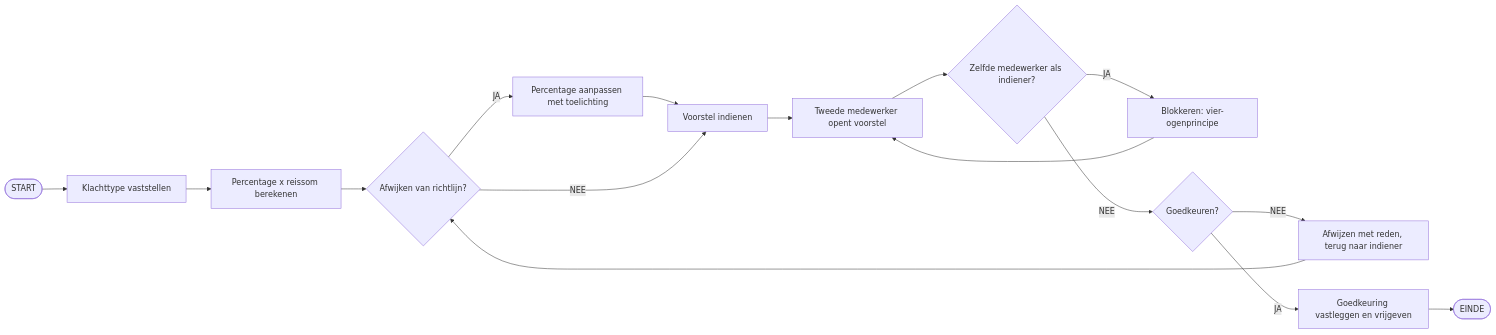
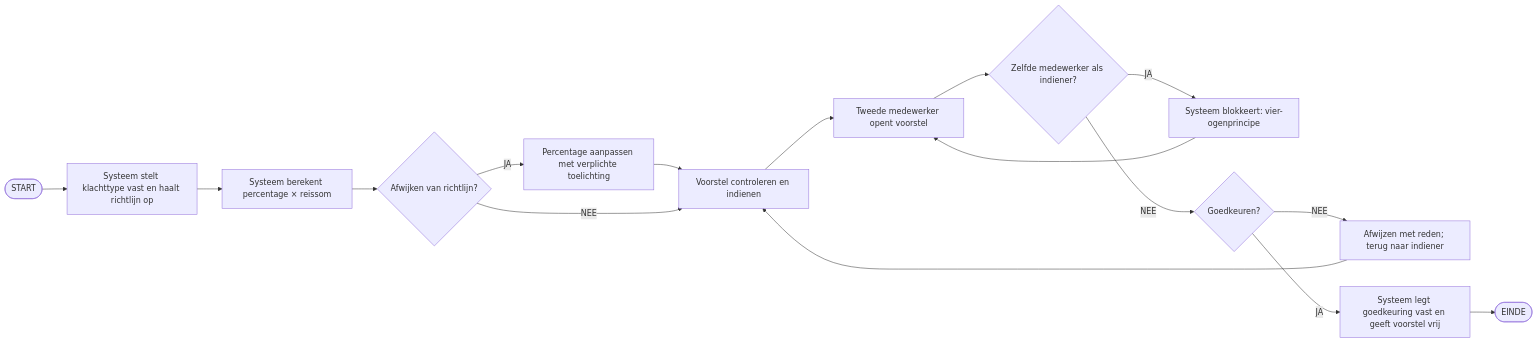
One commit to VoyageVista1/GroepInkoop changed the ninth of 13 diagrams in docs/ontwerp/use-cases-klantenservice.md. Above: the diagram before and after it, drawn with Mermaid. The commit also changed other lines of this file and 3 other files, not shown here.

````diff
--- a/docs/ontwerp/use-cases-klantenservice.md
+++ b/docs/ontwerp/use-cases-klantenservice.md
@@ -207,10 +489,31 @@
 ```mermaid
 flowchart LR
-    S(["START"]) --> A["Klachttype vaststellen"] --> B["Percentage x reissom berekenen"] --> C{"Afwijken van richtlijn?"}
-    C -- "JA" --> D["Percentage aanpassen met toelichting"] --> E
-    C -- "NEE" --> E["Voorstel indienen"] --> F["Tweede medewerker opent voorstel"] --> G{"Zelfde medewerker als indiener?"}
-    G -- "JA" --> H["Blokkeren: vier-ogenprincipe"] --> F
-    G -- "NEE" --> I{"Goedkeuren?"}
-    I -- "NEE" --> J["Afwijzen met reden, terug naar indiener"] --> C
-    I -- "JA" --> K["Goedkeuring vastleggen en vrijgeven"] --> Z(["EINDE"])
+    N0(["START"])
+    N1["Systeem stelt klachttype vast en haalt richtlijn op"]
+    N2["Systeem berekent percentage × reissom"]
+    N3{"Afwijken van richtlijn?"}
+    N4["Percentage aanpassen met verplichte toelichting"]
+    N5["Voorstel controleren en indienen"]
+    N6["Tweede medewerker opent voorstel"]
+    N7{"Zelfde medewerker als indiener?"}
+    N8["Systeem blokkeert: vier-ogenprincipe"]
+    N9{"Goedkeuren?"}
+    N10["Afwijzen met reden; terug naar indiener"]
+    N11["Systeem legt goedkeuring vast en geeft voorstel vrij"]
+    N12(["EINDE"])
+    N0 --> N1
+    N1 --> N2
+    N2 --> N3
+    N3 -- "JA" --> N4
+    N4 --> N5
+    N3 -- "NEE" --> N5
+    N5 --> N6
+    N6 --> N7
+    N8 --> N6
+    N7 -- "JA" --> N8
+    N7 -- "NEE" --> N9
+    N10 --> N5
+    N9 -- "NEE" --> N10
+    N9 -- "JA" --> N11
+    N11 --> N12
 ```
````
